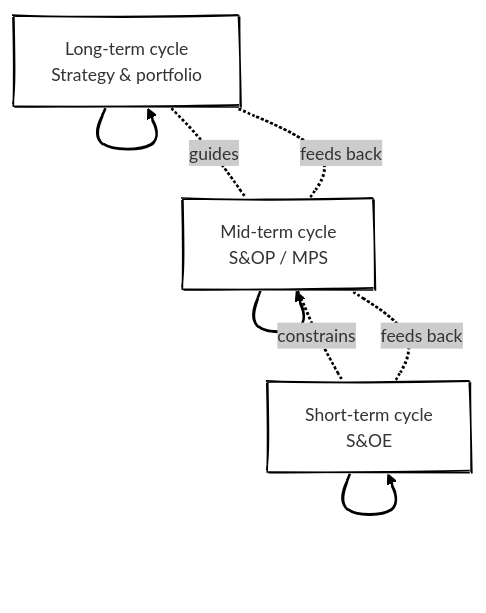
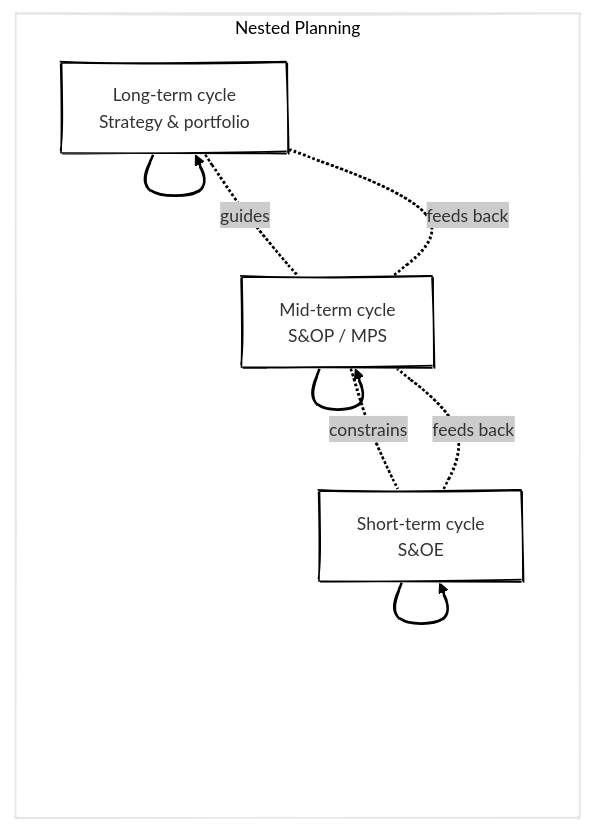
Before and after one commit to antomon/antomon.github.io: the second of 9 diagrams in posts/comprehensive-guide-to-sales-and-operations-planning/index.qmd, drawn with Mermaid. The commit also changed other lines of this file and 4 other files, not shown here.

````diff
--- a/posts/comprehensive-guide-to-sales-and-operations-planning/index.qmd
+++ b/posts/comprehensive-guide-to-sales-and-operations-planning/index.qmd
@@ -73,17 +73,23 @@
 ```{mermaid}
 %%| label: fig-nested-planning-cycles
 %%| fig-cap: "Nested planning cycles across strategic, tactical, and operational horizons, illustrating guidance, constraint propagation, and feedback between S&OP, MPS, and S&OE."
 %%| fig-alt: "Diagram showing three nested cycles for long-term strategy, mid-term planning, and short-term execution with bidirectional feedback."
 %%| fig-align: "center"
 %%{init: {"theme": "neo", "look": "handDrawn"}}%%
 
-flowchart TB
-A[Long-term cycle<br/>Strategy & portfolio] --> A
-B[Mid-term cycle<br/>S&OP / MPS] --> B
-C[Short-term cycle<br/>S&OE] --> C
+flowchart LR
+  A[Long-term cycle<br/>Strategy & portfolio] --> A
+  B[Mid-term cycle<br/>S&OP / MPS] --> B
+  C[Short-term cycle<br/>S&OE] --> C
 
-A -.guides.- B
-B -.constrains.- C
-C -.feeds back.- B
-B -.feeds back.- A
+  A -.guides.- B
+  B -.constrains.- C
+  C -.feeds back.- B
+  B -.feeds back.- A
+
+  subgraph Nested_Planning [Nested Planning]
+    A
+    B
+    C
+  end
 ```
````
